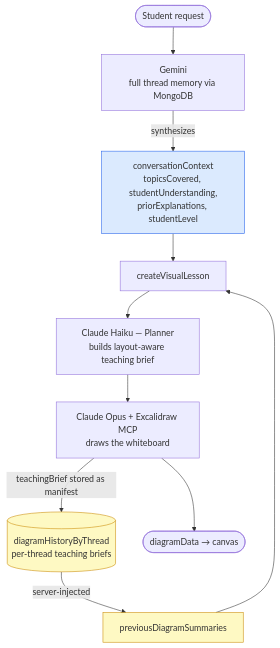
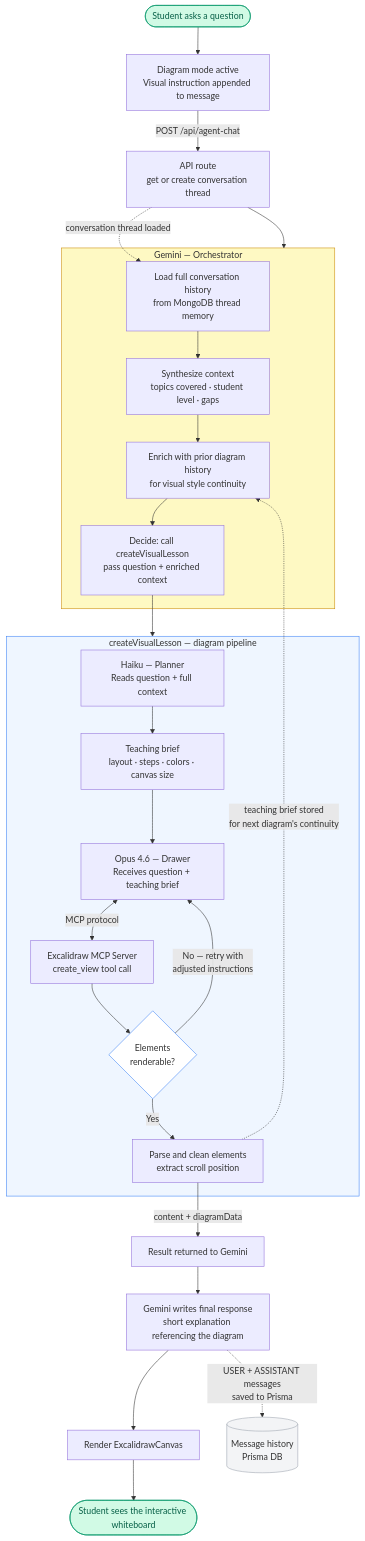
Before and after one commit to Danjari/synapsed: the second of 2 diagrams in diagrams/diagram-feature.md, drawn with Mermaid. The commit also changed other lines of this file and 2 other files, not shown here.

Commit message:
feat: update diagram and voice feature pipelines for enhanced clarity and functionality
- Revised the diagram feature to provide a comprehensive flow from user query to Excalidraw canvas, improving the visualization of the process.
- Enhanced the voice feature pipeline to detail the transition from speech input to audio response, ensuring a clearer understanding of the interaction flow.
- Introduced error handling for corrupted checkpoints in the simple agent, allowing for smoother recovery and continuity in conversation threads.

````diff
--- a/diagrams/diagram-feature.md
+++ b/diagrams/diagram-feature.md
@@ -74,20 +74,47 @@
 ```mermaid
 flowchart TD
-    A([Student request]) --> B[Gemini<br/>full thread memory via MongoDB]
+    START([Student asks a question])
+    START --> TRIGGER[Diagram mode active\nVisual instruction appended to message]
+    TRIGGER -->|POST /api/agent-chat| API[API route\nget or create conversation thread]
 
-    B -->|synthesizes| C[conversationContext\ntopicsCovered, studentUnderstanding,\npriorExplanations, studentLevel]
-    D[(diagramHistoryByThread\nper-thread teaching briefs)] -->|server-injected| E[previousDiagramSummaries]
+    API --> GEMINI
 
-    C --> F[createVisualLesson]
-    E --> F
+    subgraph GEMINI [Gemini — Orchestrator]
+        G1[Load full conversation history\nfrom MongoDB thread memory]
+        G2[Synthesize context\ntopics covered · student level · gaps]
+        G3[Enrich with prior diagram history\nfor visual style continuity]
+        G4[Decide: call createVisualLesson\npass question + enriched context]
+        G1 --> G2 --> G3 --> G4
+    end
 
-    F --> G[Claude Haiku — Planner\nbuilds layout-aware teaching brief]
-    G --> H[Claude Opus + Excalidraw MCP\ndraws the whiteboard]
-    H --> I([diagramData → canvas])
+    G4 --> TOOL
 
-    H -->|teachingBrief stored as manifest| D
+    subgraph TOOL [createVisualLesson — diagram pipeline]
+        P1[Haiku — Planner\nReads question + full context]
+        P2[Teaching brief\nlayout · steps · colors · canvas size]
+        P1 --> P2
 
-    style D fill:#fef9c3,stroke:#ca8a04
-    style C fill:#dbeafe,stroke:#2563eb
-    style E fill:#fef9c3,stroke:#ca8a04
+        P2 --> D1[Opus 4.6 — Drawer\nReceives question + teaching brief]
+        D1 <-->|MCP protocol| D2[Excalidraw MCP Server\ncreate_view tool call]
+        D2 --> D3{Elements\nrenderable?}
+        D3 -->|No — retry with\nadjusted instructions| D1
+        D3 -->|Yes| D4[Parse and clean elements\nextract scroll position]
+    end
+
+    D4 -->|content + diagramData| BACK[Result returned to Gemini]
+    BACK --> RESP[Gemini writes final response\nshort explanation referencing the diagram]
+
+    RESP --> CANVAS[Render ExcalidrawCanvas]
+    CANVAS --> END([Student sees the interactive whiteboard])
+
+    API -. "conversation thread loaded" .-> G1
+    D4 -. "teaching brief stored\nfor next diagram's continuity" .-> G3
+    RESP -. "USER + ASSISTANT messages\nsaved to Prisma" .-> DB[(Message history\nPrisma DB)]
+
+    style START fill:#d1fae5,stroke:#059669,color:#065f46
+    style END fill:#d1fae5,stroke:#059669,color:#065f46
+    style GEMINI fill:#fef9c3,stroke:#ca8a04
+    style TOOL fill:#eff6ff,stroke:#3b82f6
+    style D3 fill:#ffffff,stroke:#3b82f6
+    style DB fill:#f3f4f6,stroke:#9ca3af
 ```
````
